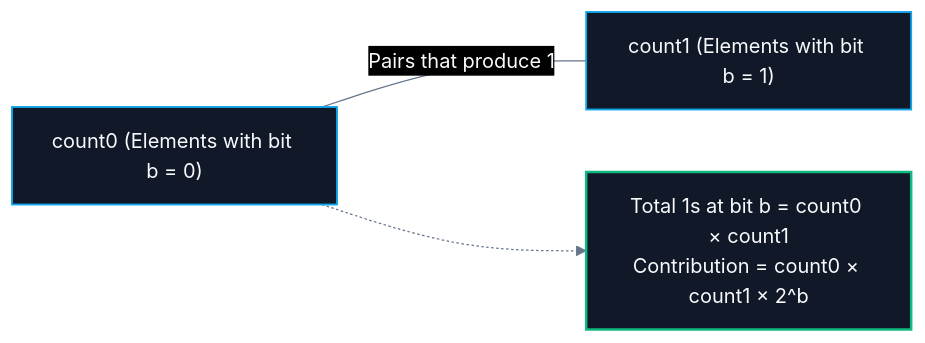
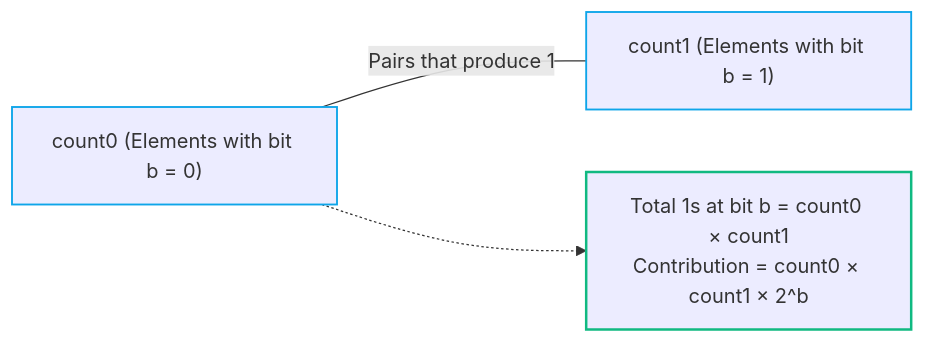
Before and after one commit to abhinavbharti2345/CS_Notes: the third of 3 diagrams in CS/DSA/04. Bit Manipulation/04. Bit Manipulation Problems.md, drawn with Mermaid. The commit also changed other lines of this file and 91 other files, not shown here.

````diff
--- a/CS/DSA/04. Bit Manipulation/04. Bit Manipulation Problems.md
+++ b/CS/DSA/04. Bit Manipulation/04. Bit Manipulation Problems.md
@@ -274,11 +272,10 @@
 ```mermaid
-%%{init: {'theme': 'base', 'themeVariables': { 'darkMode': true, 'background': '#0B0F14', 'mainBkg': '#111827', 'primaryColor': '#111827', 'primaryTextColor': '#F8FAFC', 'primaryBorderColor': '#38BDF8', 'lineColor': '#64748B', 'secondaryColor': '#0B0F14', 'tertiaryColor': '#0B0F14', 'clusterBkg': '#0B0F14', 'clusterBorder': '#38BDF8' }}}%%
 flowchart LR
     C0["count0 (Elements with bit b = 0)"] ---|Pairs that produce 1| C1["count1 (Elements with bit b = 1)"]
     C0 -.-> Formula["Total 1s at bit b = count0 × count1<br/>Contribution = count0 × count1 × 2^b"]
 
-    classDef countBox fill:#111827,stroke:#0ea5e9,stroke-width:1.5px,color:#F8FAFC;
-    classDef formulaBox fill:#111827,stroke:#10b981,stroke-width:2px,color:#F8FAFC;
+    classDef countBox stroke:#0ea5e9,stroke-width:1.5px;
+    classDef formulaBox stroke:#10b981,stroke-width:2px;
     class C0,C1 countBox;
     class Formula formulaBox;
 ```
````
